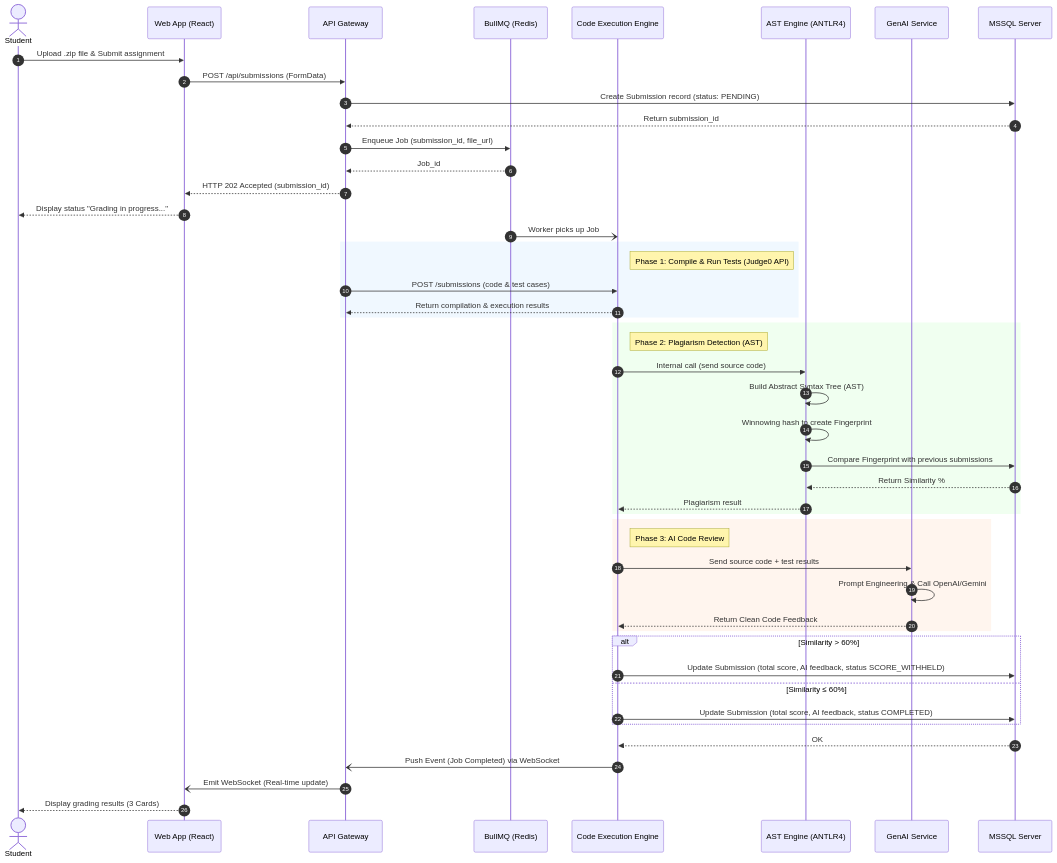
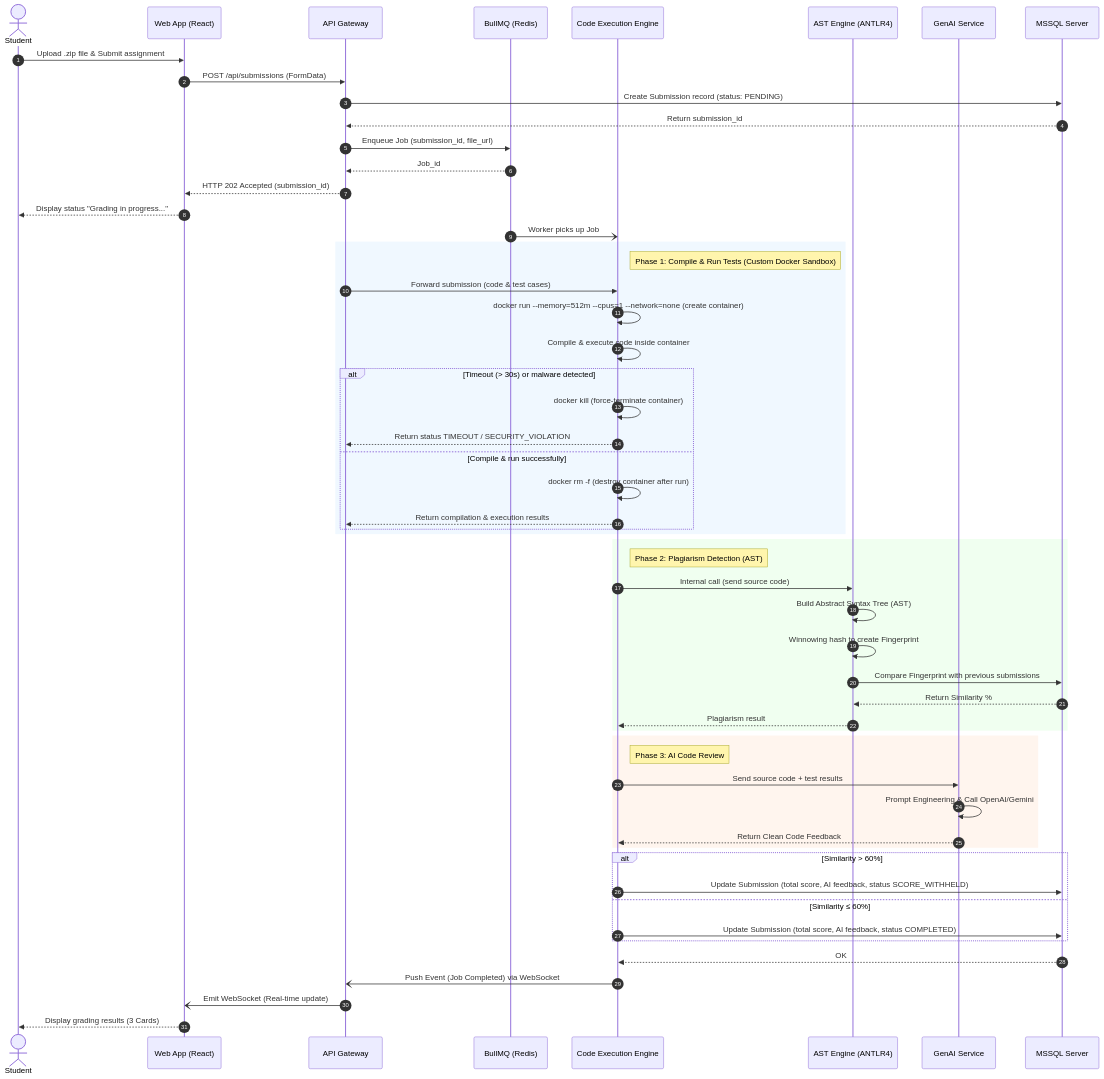
The fifth of 10 diagrams in docs/01_SRS/AITA_SRS_Document_v1.2_final.md (qucthih/SWP391_Group3), drawn with Mermaid before and after one commit. The commit also changed other lines of this file and 1 other file, not shown here.

````diff
--- a/docs/01_SRS/AITA_SRS_Document_v1.2_final.md
+++ b/docs/01_SRS/AITA_SRS_Document_v1.2_final.md
@@ -353,59 +355,67 @@
 ```mermaid
 sequenceDiagram
     autonumber
     actor Student
     participant WebApp as Web App (React)
     participant Gateway as API Gateway
     participant Redis as BullMQ (Redis)
     participant Sandbox as Code Execution Engine
     participant AST as AST Engine (ANTLR4)
     participant AI as GenAI Service
     participant DB as MSSQL Server
 
     Student->>WebApp: Upload .zip file & Submit assignment
     WebApp->>Gateway: POST /api/submissions (FormData)
     
     Gateway->>DB: Create Submission record (status: PENDING)
     DB-->>Gateway: Return submission_id
     
     Gateway->>Redis: Enqueue Job (submission_id, file_url)
     Redis-->>Gateway: Job_id
     Gateway-->>WebApp: HTTP 202 Accepted (submission_id)
     WebApp-->>Student: Display status "Grading in progress..."
 
     Redis-)Sandbox: Worker picks up Job
     
     rect rgb(240, 248, 255)
-        note right of Sandbox: Phase 1: Compile & Run Tests (Judge0 API)
-        Gateway->>Sandbox: POST /submissions (code & test cases)
-        Sandbox-->>Gateway: Return compilation & execution results
+        note right of Sandbox: Phase 1: Compile & Run Tests (Custom Docker Sandbox)
+        Gateway->>Sandbox: Forward submission (code & test cases)
+        Sandbox->>Sandbox: docker run --memory=512m --cpus=1 --network=none (create container)
+        Sandbox->>Sandbox: Compile & execute code inside container
+        alt Timeout (> 30s) or malware detected
+            Sandbox->>Sandbox: docker kill (force-terminate container)
+            Sandbox-->>Gateway: Return status TIMEOUT / SECURITY_VIOLATION
+        else Compile & run successfully
+            Sandbox->>Sandbox: docker rm -f (destroy container after run)
+            Sandbox-->>Gateway: Return compilation & execution results
+        end
     end
 
     rect rgb(240, 255, 240)
         note right of Sandbox: Phase 2: Plagiarism Detection (AST)
         Sandbox->>AST: Internal call (send source code)
         AST->>AST: Build Abstract Syntax Tree (AST)
         AST->>AST: Winnowing hash to create Fingerprint
         AST->>DB: Compare Fingerprint with previous submissions
         DB-->>AST: Return Similarity %
         AST-->>Sandbox: Plagiarism result
     end
 
     rect rgb(255, 245, 238)
         note right of Sandbox: Phase 3: AI Code Review
         Sandbox->>AI: Send source code + test results
         AI->>AI: Prompt Engineering & Call OpenAI/Gemini
         AI-->>Sandbox: Return Clean Code Feedback
     end
 
     alt Similarity > 60%
         Sandbox->>DB: Update Submission (total score, AI feedback, status SCORE_WITHHELD)
     else Similarity ≤ 60%
         Sandbox->>DB: Update Submission (total score, AI feedback, status COMPLETED)
     end
     DB-->>Sandbox: OK
     
     Sandbox-)Gateway: Push Event (Job Completed) via WebSocket
     Gateway-)WebApp: Emit WebSocket (Real-time update)
     WebApp-->>Student: Display grading results (3 Cards)
 ```
````
